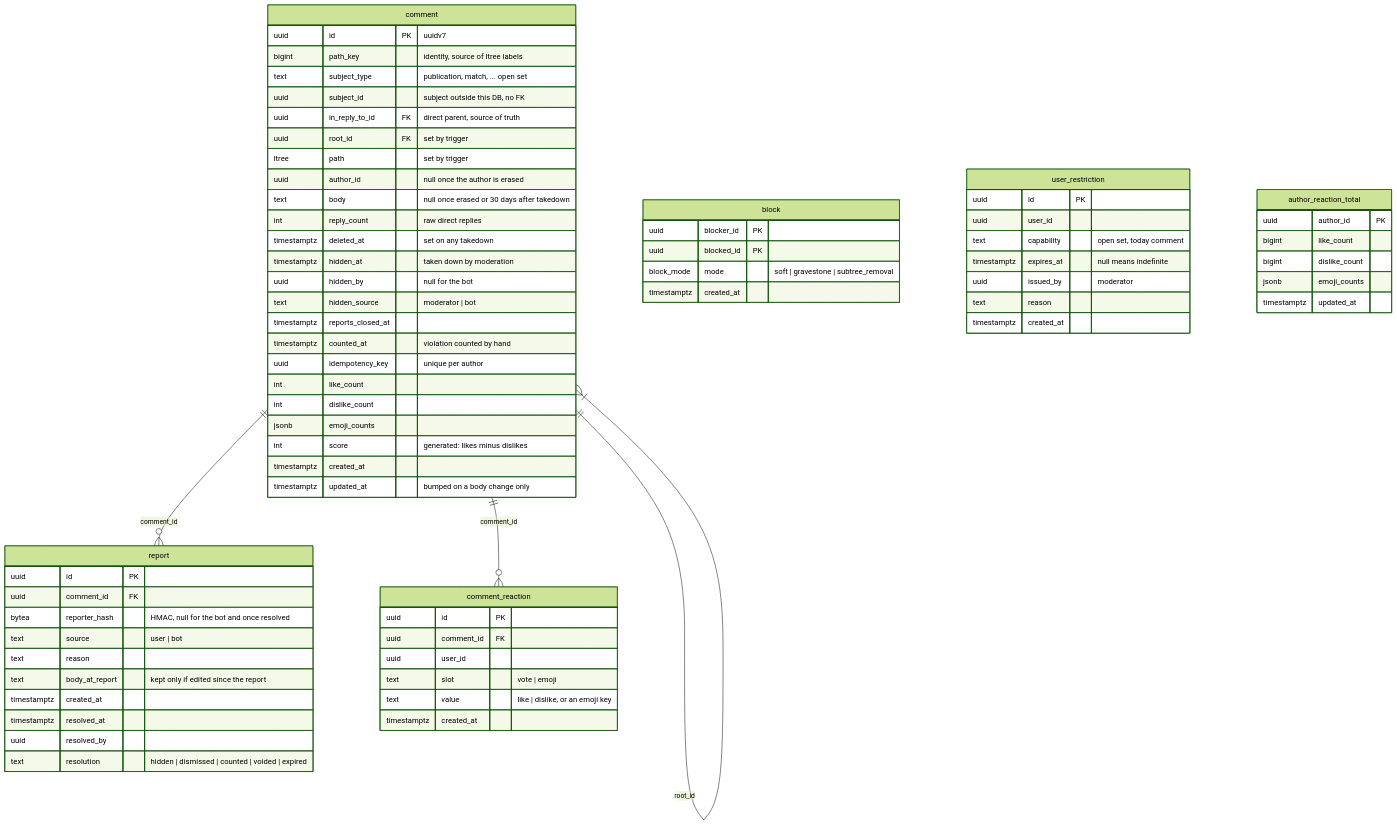
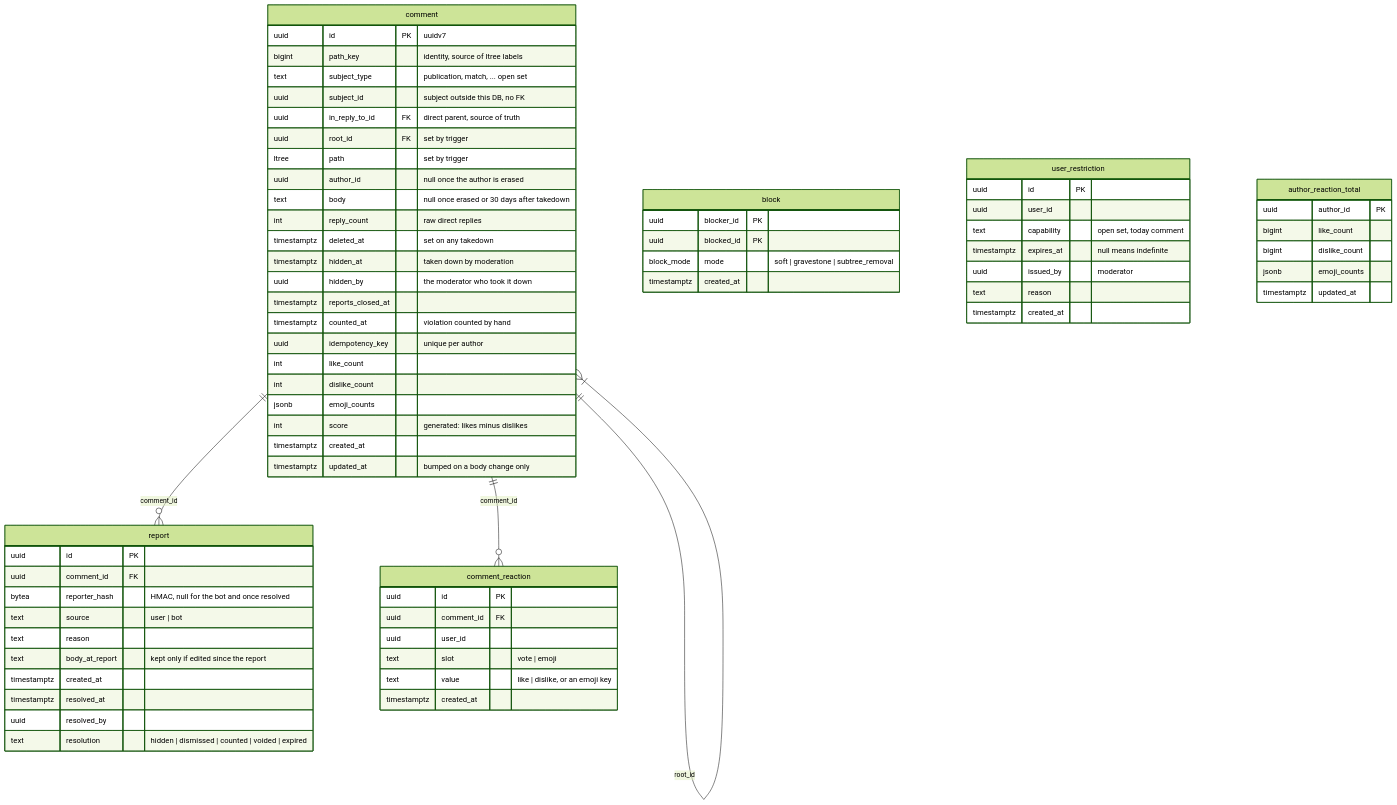
One commit to tennis-wire/tennis-wire changed the diagram in architecture/er/discussion-db.md. Above: the diagram before and after it, drawn with Mermaid (forest theme). The commit also changed 1 other file, not shown here.

Commit message:
docs: drop bot removal source, bot report window with the bot

````diff
--- a/architecture/er/discussion-db.md
+++ b/architecture/er/discussion-db.md
@@ -5,80 +5,79 @@
 ```mermaid
 erDiagram
     comment |o--o{ comment : "in_reply_to_id"
     comment ||--|{ comment : "root_id"
     comment ||--o{ report : "comment_id"
     comment ||--o{ comment_reaction : "comment_id"
 
     comment {
         uuid id PK "uuidv7"
         bigint path_key "identity, source of ltree labels"
         text subject_type "publication, match, ... open set"
         uuid subject_id "subject outside this DB, no FK"
         uuid in_reply_to_id FK "direct parent, source of truth"
         uuid root_id FK "set by trigger"
         ltree path "set by trigger"
         uuid author_id "null once the author is erased"
         text body "null once erased or 30 days after takedown"
         int reply_count "raw direct replies"
         timestamptz deleted_at "set on any takedown"
         timestamptz hidden_at "taken down by moderation"
-        uuid hidden_by "null for the bot"
-        text hidden_source "moderator | bot"
+        uuid hidden_by "the moderator who took it down"
         timestamptz reports_closed_at
         timestamptz counted_at "violation counted by hand"
         uuid idempotency_key "unique per author"
         int like_count
         int dislike_count
         jsonb emoji_counts
         int score "generated: likes minus dislikes"
         timestamptz created_at
         timestamptz updated_at "bumped on a body change only"
     }
 
     block {
         uuid blocker_id PK
         uuid blocked_id PK
         block_mode mode "soft | gravestone | subtree_removal"
         timestamptz created_at
     }
 
     user_restriction {
         uuid id PK
         uuid user_id
         text capability "open set, today comment"
         timestamptz expires_at "null means indefinite"
         uuid issued_by "moderator"
         text reason
         timestamptz created_at
     }
 
     report {
         uuid id PK
         uuid comment_id FK
         bytea reporter_hash "HMAC, null for the bot and once resolved"
         text source "user | bot"
         text reason
         text body_at_report "kept only if edited since the report"
         timestamptz created_at
         timestamptz resolved_at
         uuid resolved_by
         text resolution "hidden | dismissed | counted | voided | expired"
     }
 
     comment_reaction {
         uuid id PK
         uuid comment_id FK
         uuid user_id
         text slot "vote | emoji"
         text value "like | dislike, or an emoji key"
         timestamptz created_at
     }
 
     author_reaction_total {
         uuid author_id PK
         bigint like_count
         bigint dislike_count
         jsonb emoji_counts
         timestamptz updated_at
     }
 ```
````
